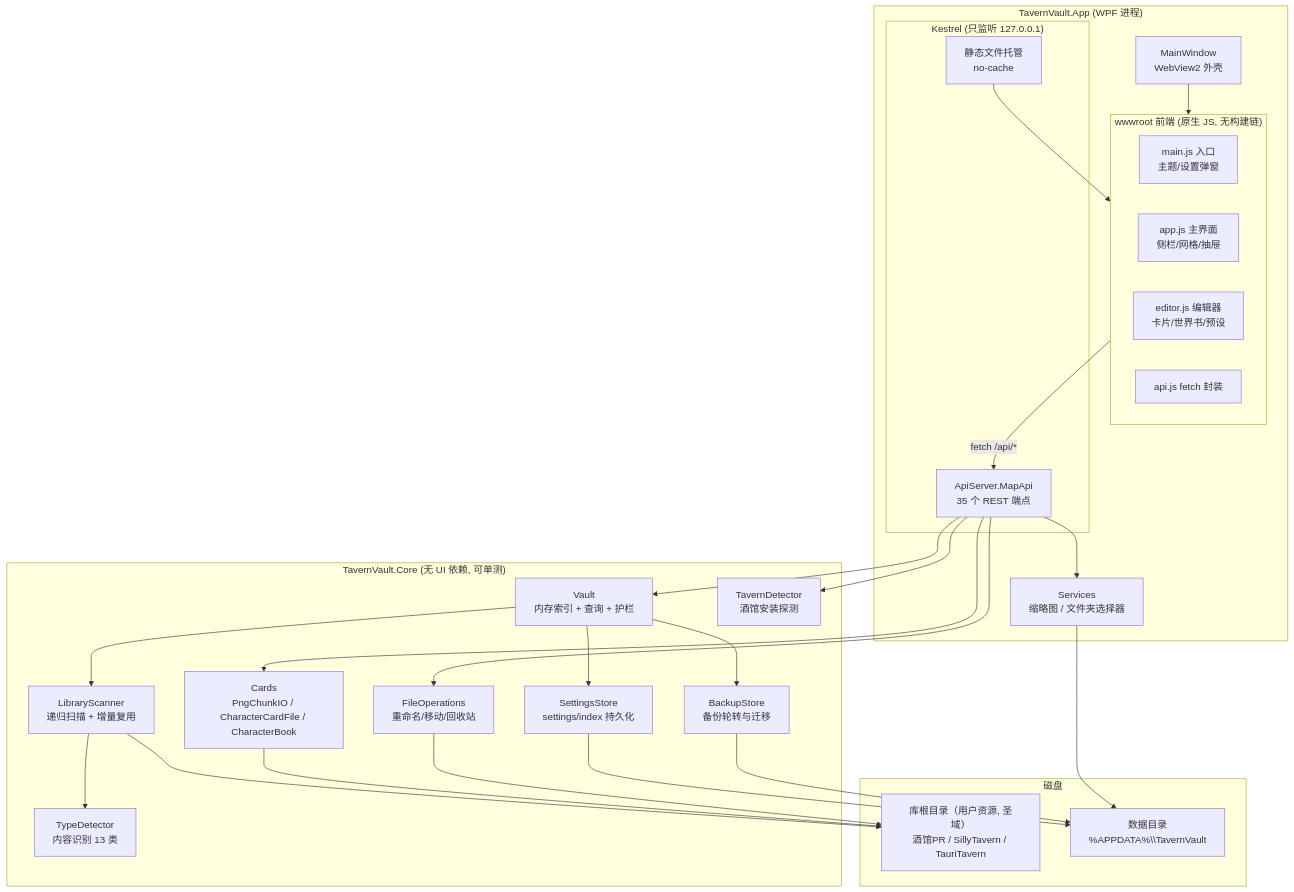
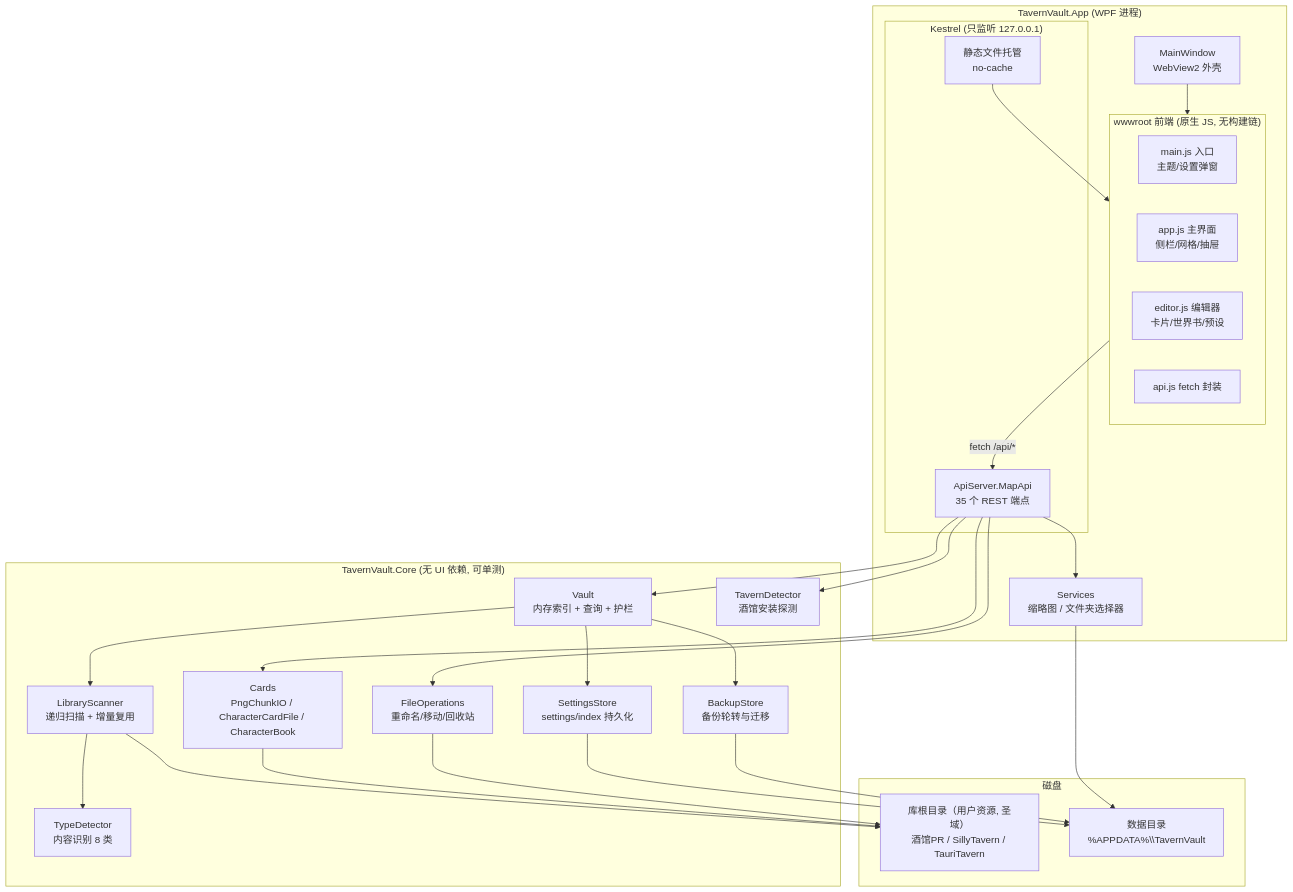
The first of 12 diagrams in docs/architecture-visualization.md (minekurs53-cmd/TavernVault), drawn with Mermaid before and after one commit. The commit also changed 16 other files, not shown here.

````diff
--- a/docs/architecture-visualization.md
+++ b/docs/architecture-visualization.md
@@ -8,52 +8,52 @@
 ```mermaid
 graph TB
     subgraph App["TavernVault.App (WPF 进程)"]
         Shell["MainWindow<br/>WebView2 外壳"]
         subgraph Web["wwwroot 前端 (原生 JS, 无构建链)"]
             MAIN["main.js 入口<br/>主题/设置弹窗"]
             APPJ["app.js 主界面<br/>侧栏/网格/抽屉"]
             EDJ["editor.js 编辑器<br/>卡片/世界书/预设"]
             APIJ["api.js fetch 封装"]
         end
         subgraph Kestrel["Kestrel (只监听 127.0.0.1)"]
             STATIC["静态文件托管<br/>no-cache"]
             REST["ApiServer.MapApi<br/>35 个 REST 端点"]
         end
         SVCS["Services<br/>缩略图 / 文件夹选择器"]
     end
 
     subgraph Core["TavernVault.Core (无 UI 依赖, 可单测)"]
         VAULT["Vault<br/>内存索引 + 查询 + 护栏"]
         SCANNER["LibraryScanner<br/>递归扫描 + 增量复用"]
-        DETECTOR["TypeDetector<br/>内容识别 13 类"]
+        DETECTOR["TypeDetector<br/>内容识别 8 类"]
         TAVERND["TavernDetector<br/>酒馆安装探测"]
         STORE["SettingsStore<br/>settings/index 持久化"]
         BACKUP["BackupStore<br/>备份轮转与迁移"]
         FILEOPS["FileOperations<br/>重命名/移动/回收站"]
         CARDS["Cards<br/>PngChunkIO / CharacterCardFile / CharacterBook"]
     end
 
     subgraph Disk["磁盘"]
         LIB["库根目录（用户资源, 圣域）<br/>酒馆PR / SillyTavern / TauriTavern"]
         DATA["数据目录<br/>%APPDATA%\\TavernVault"]
     end
 
     Shell --> Web
     Web -->|"fetch /api/*"| REST
     STATIC --> Web
     REST --> VAULT
     VAULT --> SCANNER
     SCANNER --> DETECTOR
     VAULT --> STORE
     VAULT --> BACKUP
     REST --> FILEOPS
     REST --> CARDS
     REST --> SVCS
     REST --> TAVERND
     SCANNER --> LIB
     CARDS --> LIB
     FILEOPS --> LIB
     STORE --> DATA
     BACKUP --> DATA
     SVCS --> DATA
 ```
````
